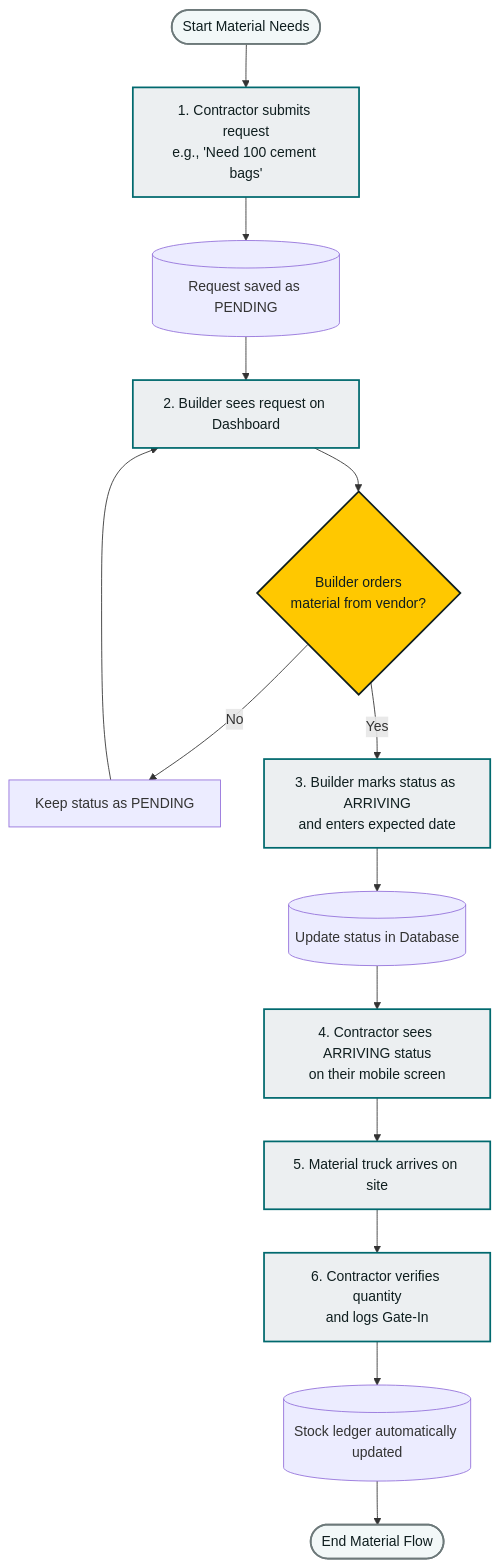
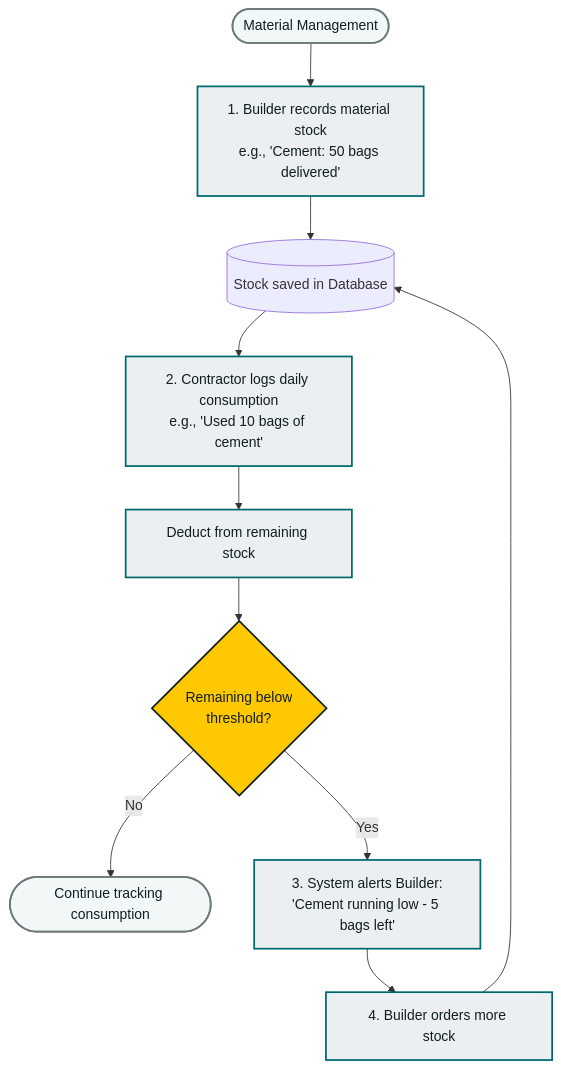
The second of 3 diagrams in system_design/05_activity_diagram.md (DivyaJaviya01/BuildEx_app), drawn with Mermaid before and after one commit. The commit also changed other lines of this file and 16 other files, not shown here.

Commit message:
docs: synchronize system design and map page redirection flow

````diff
--- a/system_design/05_activity_diagram.md
+++ b/system_design/05_activity_diagram.md
@@ -50,26 +54,30 @@
 ```mermaid
 flowchart TD
-    Start([Start Material Needs]) --> C_Request[1. Contractor submits request<br/>e.g., 'Need 100 cement bags']
-    C_Request --> DB_Save[(Request saved as PENDING)]
-    DB_Save --> B_Alert[2. Builder sees request on Dashboard]
-    B_Alert --> B_Order{Builder orders<br/>material from vendor?}
+    Start([Material Management]) --> InitStock[1. Builder records material stock<br/>e.g., 'Cement: 50 bags delivered']
+    InitStock --> DB_Stock[(Stock saved in Database)]
+    DB_Stock --> Consume[2. Contractor logs daily consumption<br/>e.g., 'Used 10 bags of cement']
+    Consume --> CalcRemaining[Deduct from remaining stock]
+    CalcRemaining --> CheckAlert{Remaining below<br/>threshold?}
+    
+    CheckAlert -- No --> EndOK([Continue tracking consumption])
+    CheckAlert -- Yes --> AlertBuilder[3. System alerts Builder:<br/>'Cement running low - 5 bags left']
+    AlertBuilder --> B_Restock[4. Builder orders more stock]
+    B_Restock --> DB_Stock
 
-    B_Order -- No --> Pending[Keep status as PENDING]
-    Pending --> B_Alert
-
-    B_Order -- Yes --> B_MarkArriving[3. Builder marks status as ARRIVING<br/>and enters expected date]
-    B_MarkArriving --> DB_Update[(Update status in Database)]
-    DB_Update --> C_Notify[4. Contractor sees ARRIVING status<br/>on their mobile screen]
-    C_Notify --> MaterialArrive[5. Material truck arrives on site]
-    MaterialArrive --> C_GateIn[6. Contractor verifies quantity<br/>and logs Gate-In]
-    C_GateIn --> DB_StockUpdate[(Stock ledger automatically updated)]
-    DB_StockUpdate --> End([End Material Flow])
+    %% Custom formatting
+    classDef start_end fill:#F2F8F8,stroke:#6d797a,stroke-width:2px,color:#0f1e1f;
+    classDef step fill:#eceff1,stroke:#00696e,stroke-width:2px,color:#0f1e1f;
+    classDef decision fill:#FFC800,stroke:#0f1e1f,stroke-width:2px,color:#0f1e1f;
+    class Start,EndOK start_end;
+    class InitStock,Consume,CalcRemaining,AlertBuilder,B_Restock step;
+    class CheckAlert decision;
+    class DB_Stock store;
 
     %% Custom formatting
     classDef start_end fill:#F2F8F8,stroke:#6d797a,stroke-width:2px,color:#0f1e1f;
     classDef step fill:#eceff1,stroke:#00696e,stroke-width:2px,color:#0f1e1f;
     classDef decision fill:#FFC800,stroke:#0f1e1f,stroke-width:2px,color:#0f1e1f;
     class Start,End start_end;
     class C_Request,B_Alert,B_MarkArriving,C_Notify,MaterialArrive,C_GateIn step;
     class B_Order decision;
 ```
````
